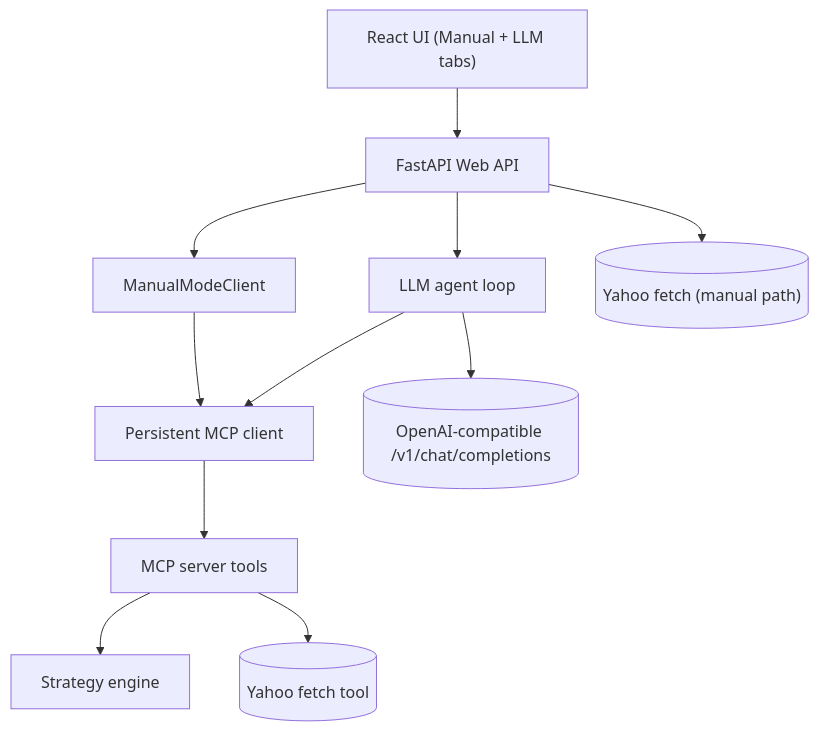
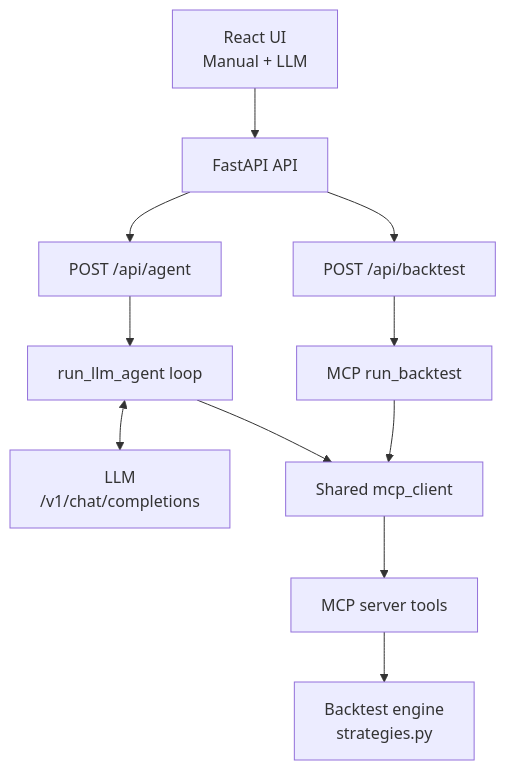
The diagram in docs/medium_article.md (HarshaMatta/quant_strategy_lab), drawn with Mermaid before and after one commit. The commit also changed other lines of this file and 4 other files, not shown here.

Commit message:
graph validations cleanup

````diff
--- a/docs/medium_article.md
+++ b/docs/medium_article.md
@@ -34,15 +17,17 @@
 ```mermaid
 flowchart TB
-    ui["React UI (Manual + LLM tabs)"] --> api["FastAPI Web API"]
-    api --> manual["ManualModeClient"]
-    api --> agent["LLM agent loop"]
-    api --> yweb[("Yahoo fetch (manual path)")]
+    ui["React UI<br/>Manual + LLM"] --> api["FastAPI API"]
 
-    manual --> mcpclient["Persistent MCP client"]
-    agent --> mcpclient
-    agent --> llm[("OpenAI-compatible /v1/chat/completions")]
+    api --> backtest["POST /api/backtest"]
+    api --> agent["POST /api/agent"]
 
-    mcpclient --> mcp["MCP server tools"]
-    mcp --> engine["Strategy engine"]
-    mcp --> ytool[("Yahoo fetch tool")]
+    backtest --> runManual["MCP run_backtest"]
+
+    agent --> loop["run_llm_agent loop"]
+    loop <--> llm["LLM<br/>/v1/chat/completions"]
+    loop --> mcpClient["Shared mcp_client"]
+    runManual --> mcpClient
+
+    mcpClient --> mcp["MCP server tools"]
+    mcp --> engine["Backtest engine<br/>strategies.py"]
 ```
````
